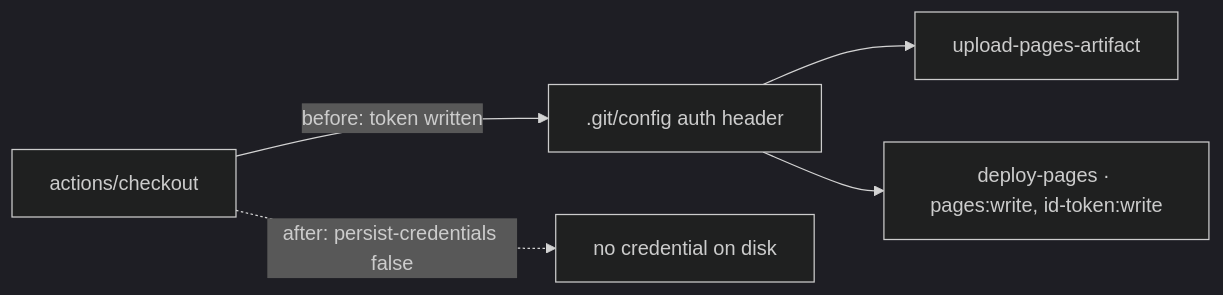
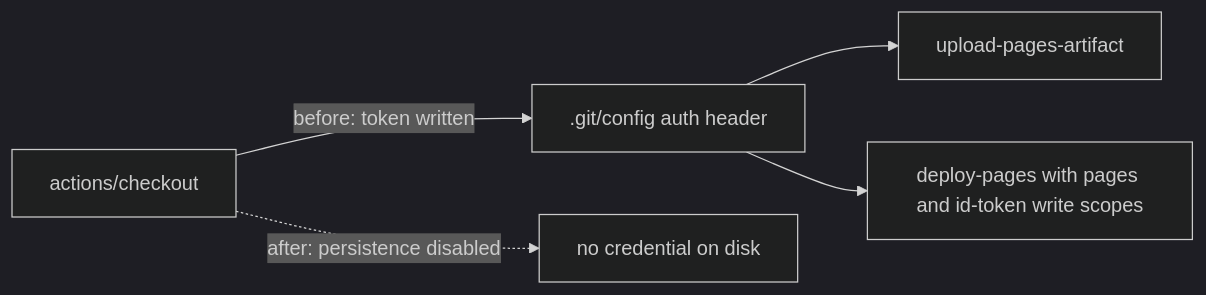
The diagram in docs/archive/pr-summaries/pr-summary-122.md (stSoftwareAU/GRQ-FX-validation), drawn with Mermaid (dark theme) before and after one commit. The commit also changed other lines of this file, not shown here.

````diff
--- a/docs/archive/pr-summaries/pr-summary-122.md
+++ b/docs/archive/pr-summaries/pr-summary-122.md
@@ -40,7 +40,7 @@
 ```mermaid
 flowchart LR
     A[actions/checkout] -->|before: token written| B[.git/config auth header]
     B --> C[upload-pages-artifact]
-    B --> D[deploy-pages · pages:write, id-token:write]
-    A -.->|after: persist-credentials false| E[no credential on disk]
+    B --> D[deploy-pages with pages and id-token write scopes]
+    A -.->|after: persistence disabled| E[no credential on disk]
 ```
````
